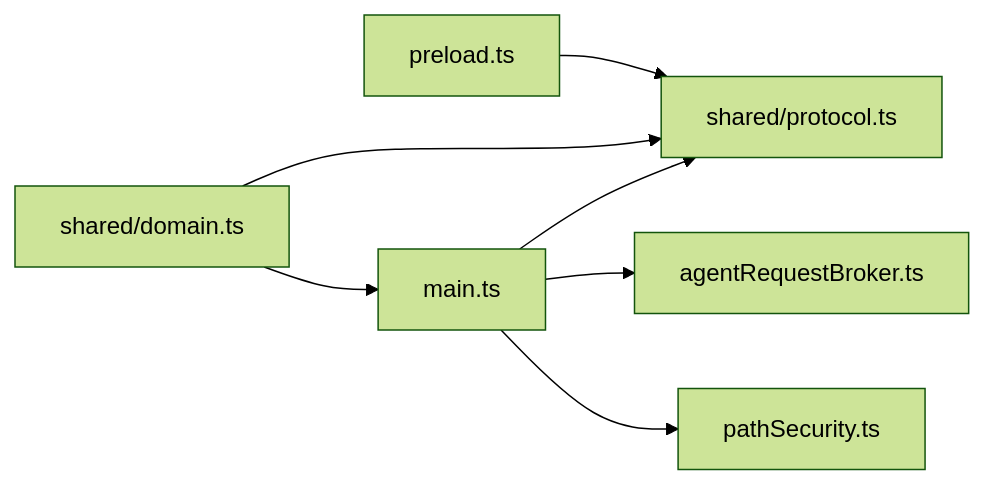
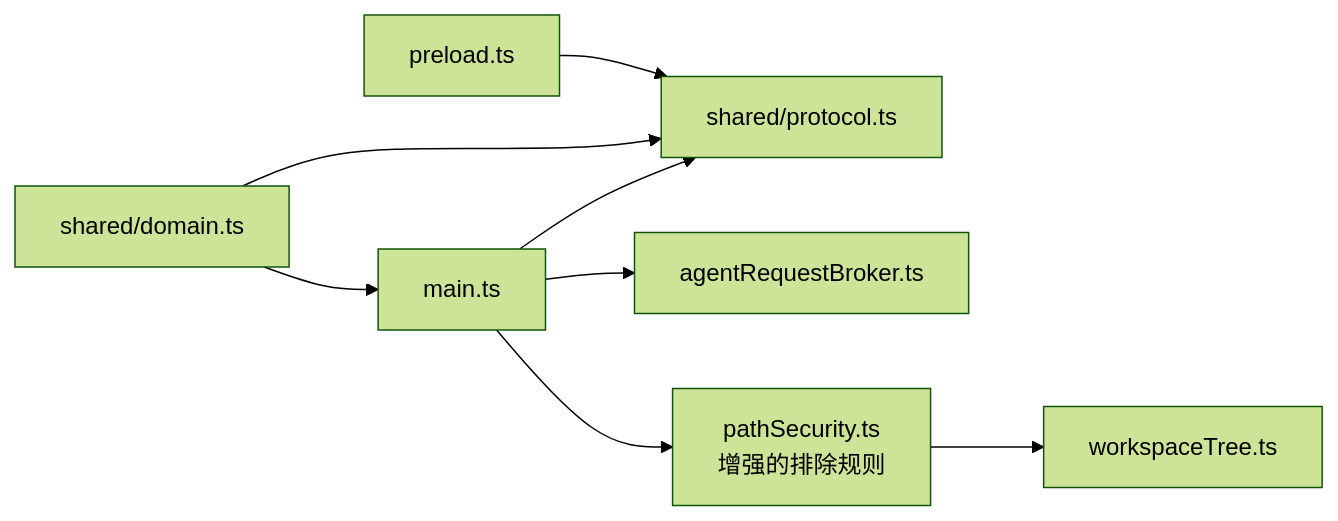
Before and after one commit to dyx-9163/ai-aifar: the fifth of 5 diagrams in .qoder/repowiki/zh/content/架构设计/安全模型/访问控制.md, drawn with Mermaid (forest theme). The commit also changed other lines of this file and 28 other files, not shown here.

````diff
--- a/.qoder/repowiki/zh/content/架构设计/安全模型/访问控制.md
+++ b/.qoder/repowiki/zh/content/架构设计/安全模型/访问控制.md
@@ -220,9 +251,10 @@
 ```mermaid
 graph LR
 Preload["preload.ts"] --> Protocol["shared/protocol.ts"]
 Main["main.ts"] --> Protocol
 Main --> Broker["agentRequestBroker.ts"]
-Main --> PathSec["pathSecurity.ts"]
+Main --> PathSec["pathSecurity.ts<br/>增强的排除规则"]
+PathSec --> WorkspaceTree["workspaceTree.ts"]
 Domain["shared/domain.ts"] --> Protocol
 Domain --> Main
 ```
````
